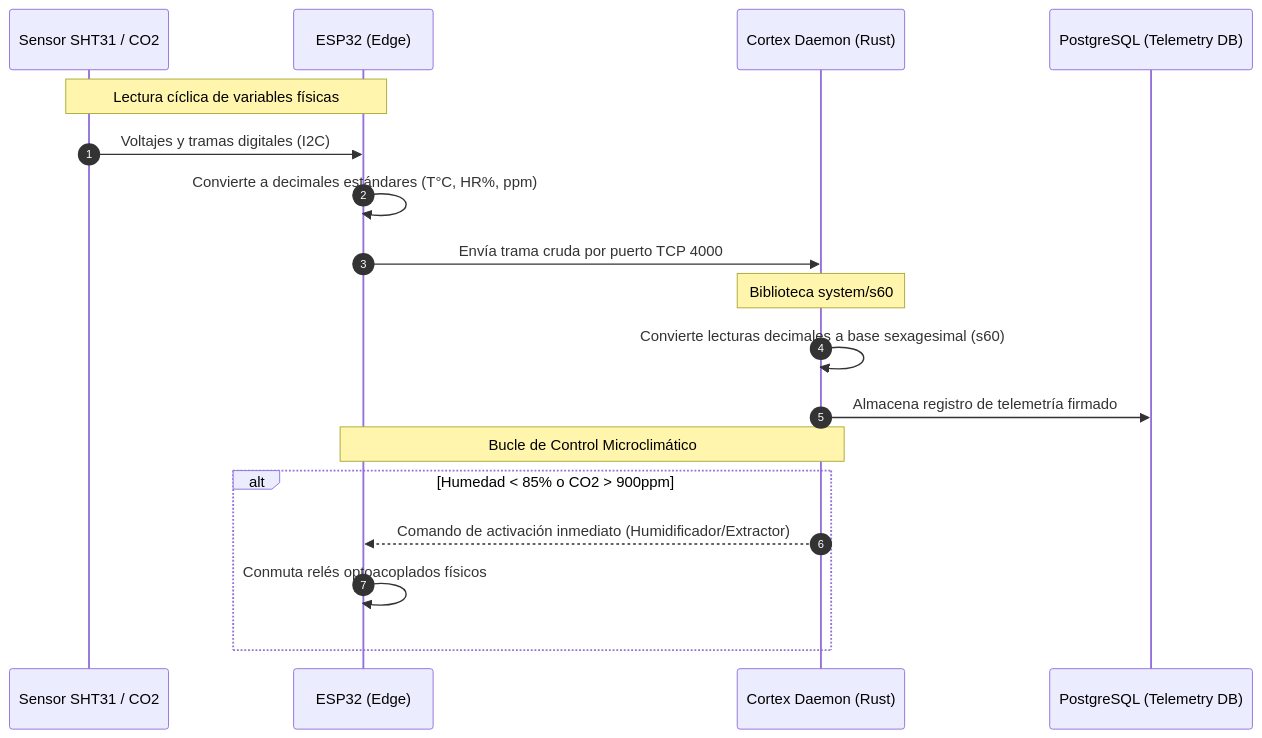
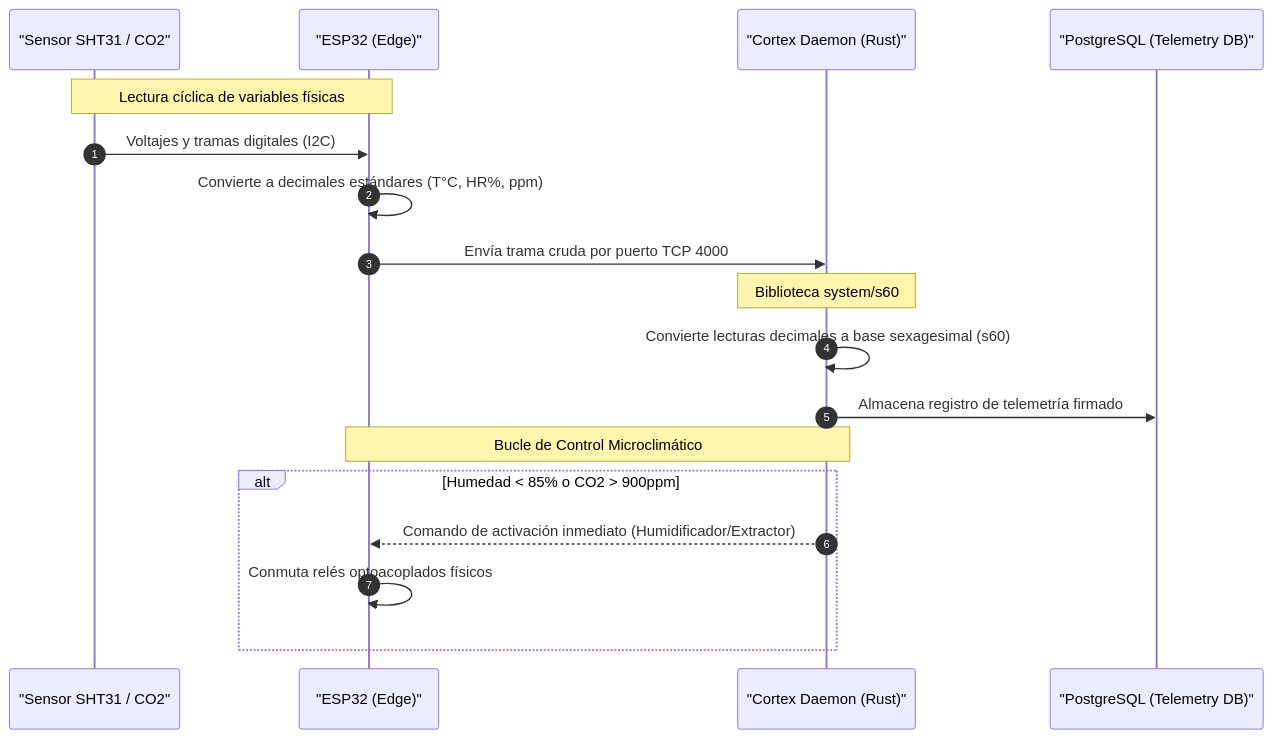
One commit to jenovoas/micellia changed the second of 5 diagrams in Documentos Micelia/dossier_tecnico_micelia.md. Above: the diagram before and after it, drawn with Mermaid. The commit also changed other lines of this file, not shown here.

Commit message:
Fix Mermaid syntax formatting in technical dossier for compatibility

````diff
--- a/Documentos Micelia/dossier_tecnico_micelia.md
+++ b/Documentos Micelia/dossier_tecnico_micelia.md
@@ -59,21 +59,21 @@
 ```mermaid
 sequenceDiagram
     autonumber
-    participant Sensor as Sensor SHT31 / CO2
-    participant Edge as ESP32 (Edge)
-    participant Cortex as Cortex Daemon (Rust)
-    participant DB as PostgreSQL (Telemetry DB)
+    participant Sensor as "Sensor SHT31 / CO2"
+    participant Edge as "ESP32 (Edge)"
+    participant Cortex as "Cortex Daemon (Rust)"
+    participant DB as "PostgreSQL (Telemetry DB)"
 
     Note over Sensor, Edge: Lectura cíclica de variables físicas
     Sensor->>Edge: Voltajes y tramas digitales (I2C)
     Edge->>Edge: Convierte a decimales estándares (T°C, HR%, ppm)
     Edge->>Cortex: Envía trama cruda por puerto TCP 4000
     Note over Cortex: Biblioteca system/s60
     Cortex->>Cortex: Convierte lecturas decimales a base sexagesimal (s60)
     Cortex->>DB: Almacena registro de telemetría firmado
     Note over Cortex, Edge: Bucle de Control Microclimático
     alt Humedad < 85% o CO2 > 900ppm
         Cortex-->>Edge: Comando de activación inmediato (Humidificador/Extractor)
         Edge->>Edge: Conmuta relés optoacoplados físicos
     end
 ```
````
